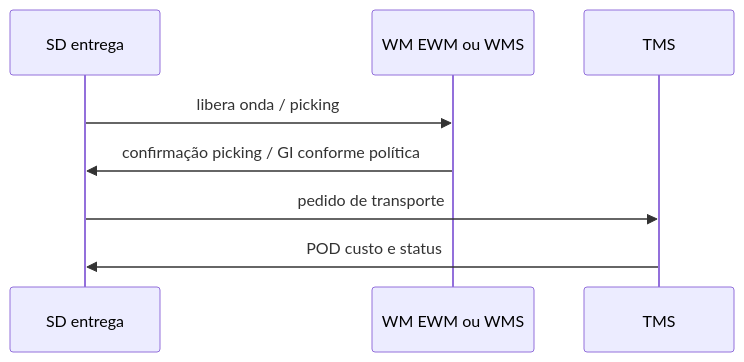
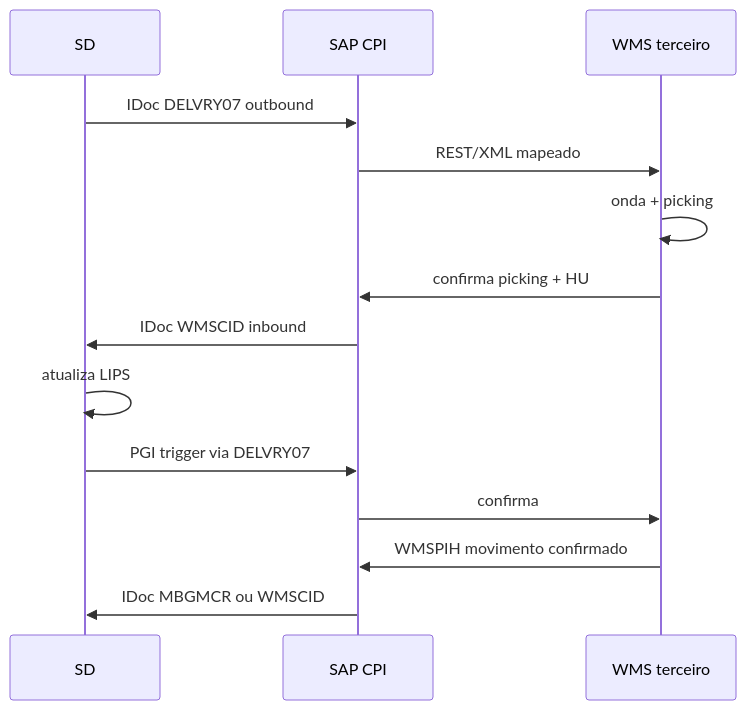
Before and after one commit to cleberhensel/logisticon-academy: the fifth of 6 diagrams in aulas/trilha-tecnologia-e-sistemas/modulo-05-sap-logistica-mm-sd-wm/aula-03-sd-expedicao-wms.md, drawn with Mermaid. The commit also changed other lines of this file and 122 other files, not shown here.

````diff
--- a/aulas/trilha-tecnologia-e-sistemas/modulo-05-sap-logistica-mm-sd-wm/aula-03-sd-expedicao-wms.md
+++ b/aulas/trilha-tecnologia-e-sistemas/modulo-05-sap-logistica-mm-sd-wm/aula-03-sd-expedicao-wms.md
@@ -32,10 +203,16 @@
 ```mermaid
 sequenceDiagram
-  participant SD as SD entrega
-  participant W as WM EWM ou WMS
-  participant T as TMS
-  SD->>W: libera onda / picking
-  W->>SD: confirmação picking / GI conforme política
-  SD->>T: pedido de transporte
-  T->>SD: POD custo e status
+  participant SD
+  participant CPI as SAP CPI
+  participant W as WMS terceiro
+  SD->>CPI: IDoc DELVRY07 outbound
+  CPI->>W: REST/XML mapeado
+  W->>W: onda + picking
+  W->>CPI: confirma picking + HU
+  CPI->>SD: IDoc WMSCID inbound
+  SD->>SD: atualiza LIPS
+  SD->>CPI: PGI trigger via DELVRY07
+  CPI->>W: confirma
+  W->>CPI: WMSPIH movimento confirmado
+  CPI->>SD: IDoc MBGMCR ou WMSCID
 ```
````
